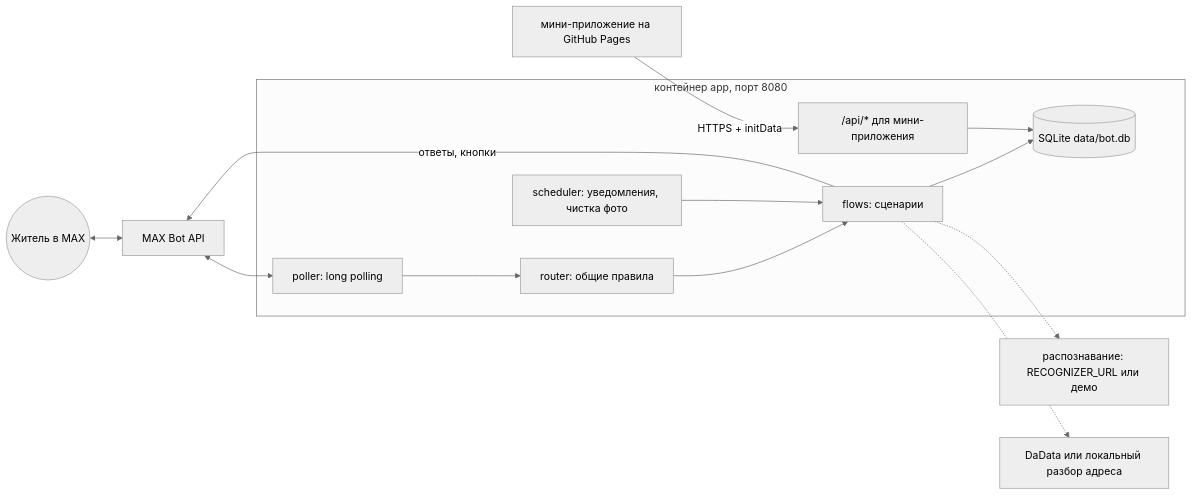
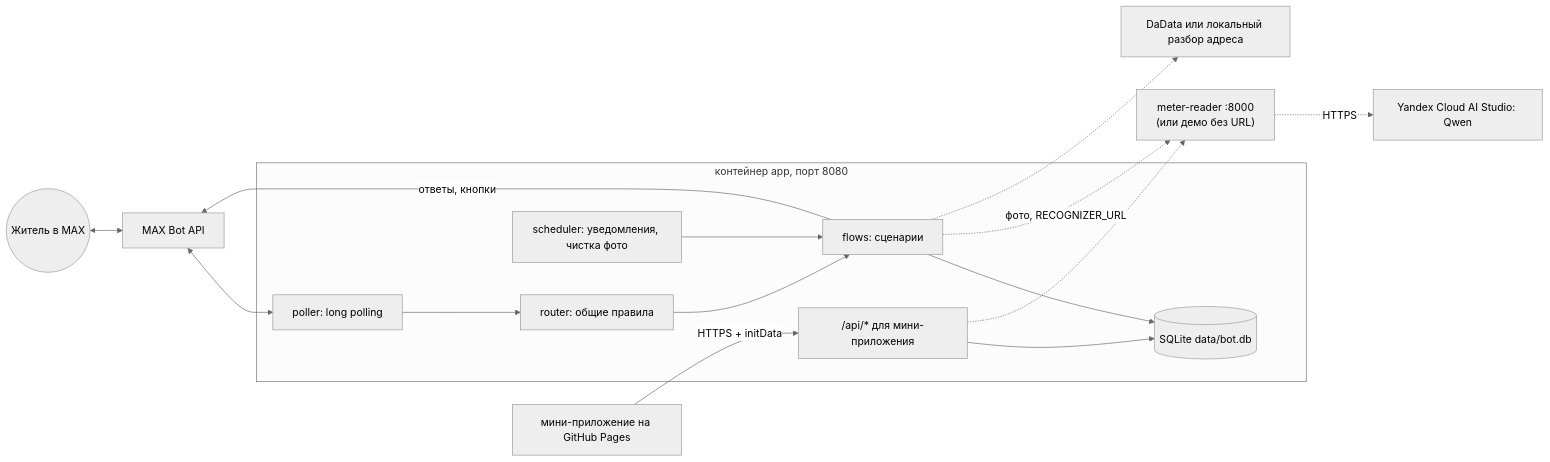
One commit to alpha7en/max-smart-city-webapp changed the diagram in README.md. Above: the diagram before and after it, drawn with Mermaid (neutral theme). The commit also changed other lines of this file and 32 other files, not shown here.

First line of the commit message:
feat: integrate meter_reader recognition microservice with Yandex Cloud Qwen model

````diff
--- a/README.md
+++ b/README.md
@@ -32,16 +33,18 @@
 ```mermaid
 flowchart LR
   U((Житель в MAX)) <--> MAX[MAX Bot API]
   subgraph app["контейнер app, порт 8080"]
     P[poller: long polling] --> R[router: общие правила] --> F[flows: сценарии]
     S[scheduler: уведомления, чистка фото] --> F
     API["/api/* для мини-приложения"]
     F --> DB[("SQLite data/bot.db")]
     API --> DB
   end
   MAX <--> P
   F -- ответы, кнопки --> MAX
   MA[мини-приложение на GitHub Pages] -- HTTPS + initData --> API
-  F -.-> REC["распознавание: RECOGNIZER_URL или демо"]
+  F -. "фото, RECOGNIZER_URL" .-> REC["meter-reader :8000<br/>(или демо без URL)"]
+  API -.-> REC
+  REC -. HTTPS .-> YC[Yandex Cloud AI Studio: Qwen]
   F -.-> DD[DaData или локальный разбор адреса]
 ```
````
